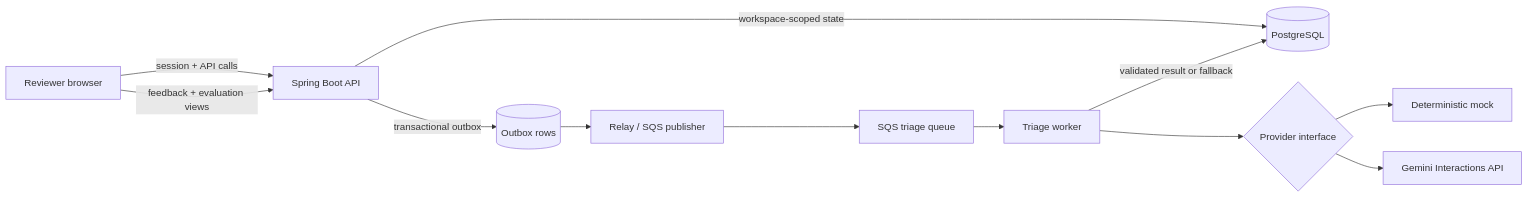
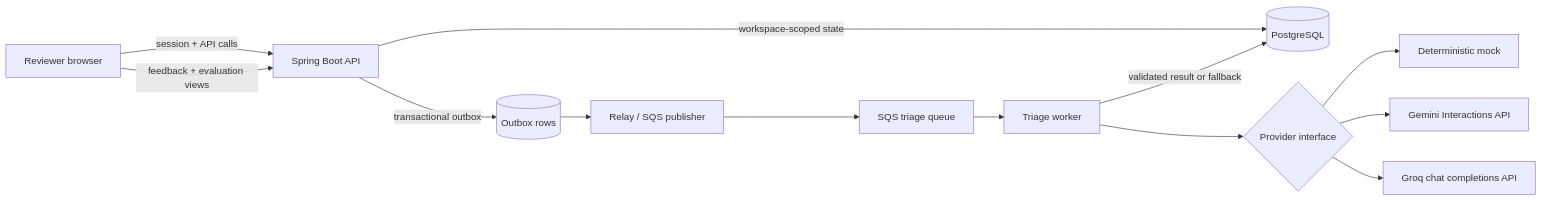
Before and after one commit to HarishDarko/caselens: the diagram in docs/architecture.md, drawn with Mermaid. The commit also changed other lines of this file and 8 other files, not shown here.

Commit message:
feat: add Groq triage provider

````diff
--- a/docs/architecture.md
+++ b/docs/architecture.md
@@ -5,14 +5,15 @@
 ```mermaid
 flowchart LR
   reviewer[Reviewer browser] -->|session + API calls| api[Spring Boot API]
   api -->|workspace-scoped state| db[(PostgreSQL)]
   api -->|transactional outbox| outbox[(Outbox rows)]
   outbox --> relay[Relay / SQS publisher]
   relay --> queue[SQS triage queue]
   queue --> worker[Triage worker]
   worker --> provider{Provider interface}
   provider --> mock[Deterministic mock]
   provider --> gemini[Gemini Interactions API]
+  provider --> groq[Groq chat completions API]
   worker -->|validated result or fallback| db
   reviewer -->|feedback + evaluation views| api
 ```
````
